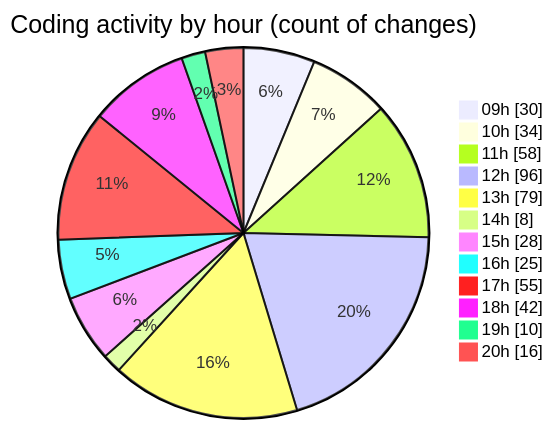
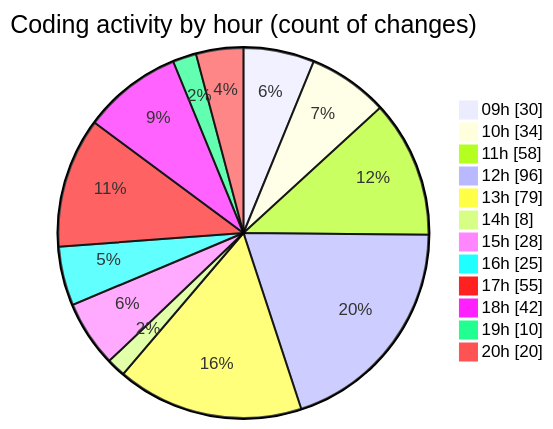
One commit to momahboobian/code-tracking changed the second of 2 diagrams in 2025-04-02/cda/README.md. Above: the diagram before and after it, drawn with Mermaid. The commit also changed other lines of this file and 1 other file, not shown here.

````diff
--- a/2025-04-02/cda/README.md
+++ b/2025-04-02/cda/README.md
@@ -40,16 +40,16 @@
 ```mermaid
 pie showData
 title Coding activity by hour (count of changes)
 "09h" : 30
 "10h" : 34
 "11h" : 58
 "12h" : 96
 "13h" : 79
 "14h" : 8
 "15h" : 28
 "16h" : 25
 "17h" : 55
 "18h" : 42
 "19h" : 10
-"20h" : 16
+"20h" : 20
 ```
````
